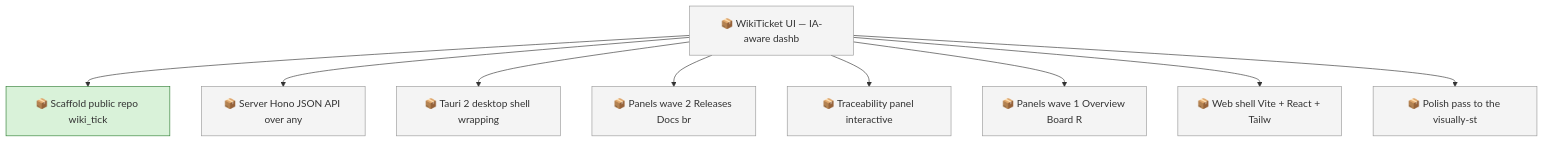
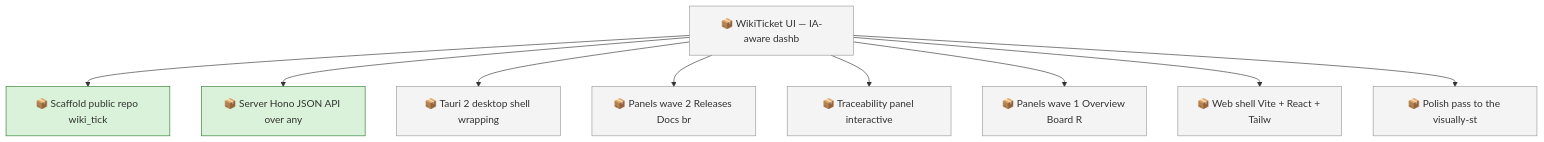
One commit to SpillwaveSolutions/wiki_ticket_sdd_ui changed the first of 2 diagrams in docs/roadmap.md. Above: the diagram before and after it, drawn with Mermaid. The commit also changed other lines of this file and 2 other files, not shown here.

````diff
--- a/docs/roadmap.md
+++ b/docs/roadmap.md
@@ -54,24 +54,24 @@
 ```mermaid
 graph TD
     01KY5ZZX8Y6N7E5YQYP4X1V7VA["📦 Scaffold public repo wiki_tick"]
     01KY5ZZX8YBZ3FS5QP06RF4PT6["📦 Server Hono JSON API over any"]
     01KY5ZZX8YXD5YDJKQGJ3VCCHN["📦 WikiTicket UI — IA-aware dashb"]
     01KY5ZZX8Z46K7BCSPPFKN23JZ["📦 Tauri 2 desktop shell wrapping"]
     01KY5ZZX8ZBF099JH8N2ZRJKKE["📦 Panels wave 2 Releases Docs br"]
     01KY5ZZX8ZJJX208WYH58MY9WS["📦 Traceability panel interactive"]
     01KY5ZZX8ZTV1ZYR8FYGBEWKJV["📦 Panels wave 1 Overview Board R"]
     01KY5ZZX8ZX1T0SD6S60CQD5Z0["📦 Web shell Vite + React + Tailw"]
     01KY5ZZX8ZYPXTMVCGX4AAZQSG["📦 Polish pass to the visually-st"]
     01KY5ZZX8YXD5YDJKQGJ3VCCHN --> 01KY5ZZX8Y6N7E5YQYP4X1V7VA
     01KY5ZZX8YXD5YDJKQGJ3VCCHN --> 01KY5ZZX8YBZ3FS5QP06RF4PT6
     01KY5ZZX8YXD5YDJKQGJ3VCCHN --> 01KY5ZZX8Z46K7BCSPPFKN23JZ
     01KY5ZZX8YXD5YDJKQGJ3VCCHN --> 01KY5ZZX8ZBF099JH8N2ZRJKKE
     01KY5ZZX8YXD5YDJKQGJ3VCCHN --> 01KY5ZZX8ZJJX208WYH58MY9WS
     01KY5ZZX8YXD5YDJKQGJ3VCCHN --> 01KY5ZZX8ZTV1ZYR8FYGBEWKJV
     01KY5ZZX8YXD5YDJKQGJ3VCCHN --> 01KY5ZZX8ZX1T0SD6S60CQD5Z0
     01KY5ZZX8YXD5YDJKQGJ3VCCHN --> 01KY5ZZX8ZYPXTMVCGX4AAZQSG
     classDef todo fill:#f4f4f4,stroke:#999999
-    class 01KY5ZZX8YBZ3FS5QP06RF4PT6,01KY5ZZX8YXD5YDJKQGJ3VCCHN,01KY5ZZX8Z46K7BCSPPFKN23JZ,01KY5ZZX8ZBF099JH8N2ZRJKKE,01KY5ZZX8ZJJX208WYH58MY9WS,01KY5ZZX8ZTV1ZYR8FYGBEWKJV,01KY5ZZX8ZX1T0SD6S60CQD5Z0,01KY5ZZX8ZYPXTMVCGX4AAZQSG todo
+    class 01KY5ZZX8YXD5YDJKQGJ3VCCHN,01KY5ZZX8Z46K7BCSPPFKN23JZ,01KY5ZZX8ZBF099JH8N2ZRJKKE,01KY5ZZX8ZJJX208WYH58MY9WS,01KY5ZZX8ZTV1ZYR8FYGBEWKJV,01KY5ZZX8ZX1T0SD6S60CQD5Z0,01KY5ZZX8ZYPXTMVCGX4AAZQSG todo
     classDef in_progress fill:#d9f2d9,stroke:#2e7d32
-    class 01KY5ZZX8Y6N7E5YQYP4X1V7VA in_progress
+    class 01KY5ZZX8Y6N7E5YQYP4X1V7VA,01KY5ZZX8YBZ3FS5QP06RF4PT6 in_progress
 ```
````
